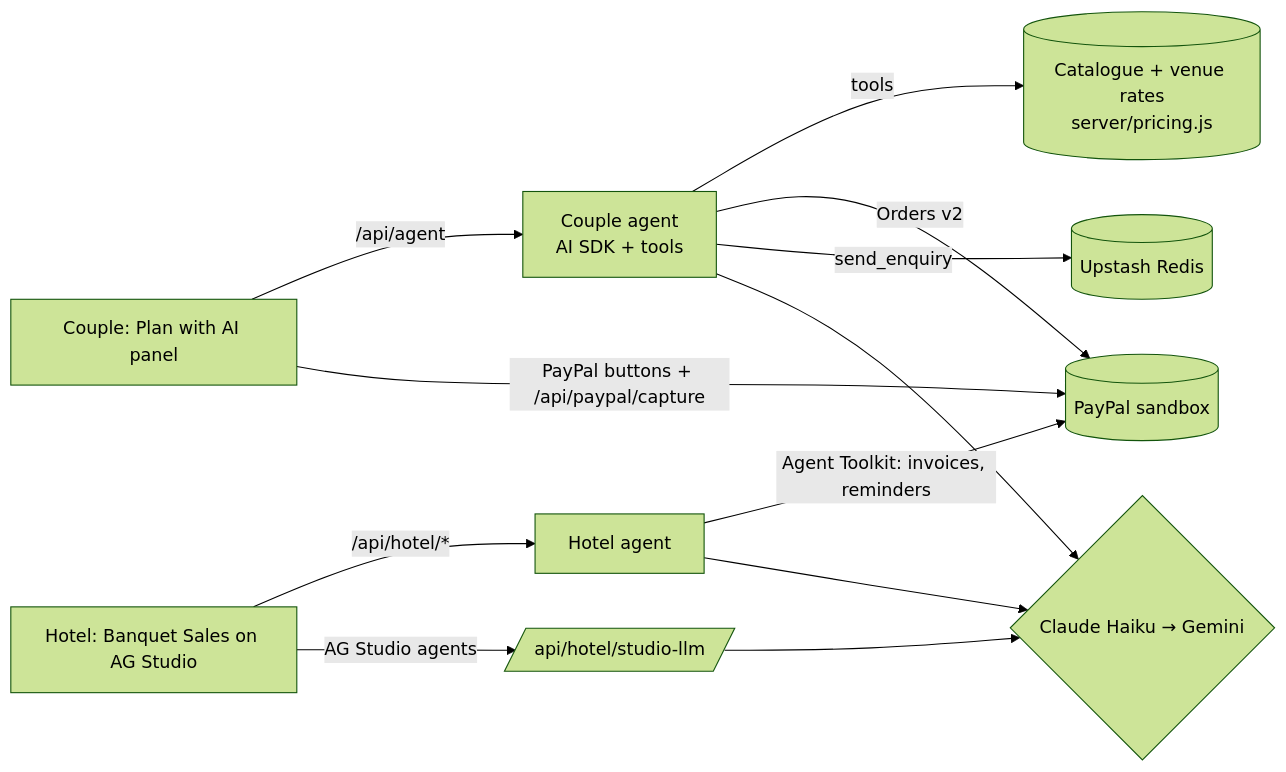
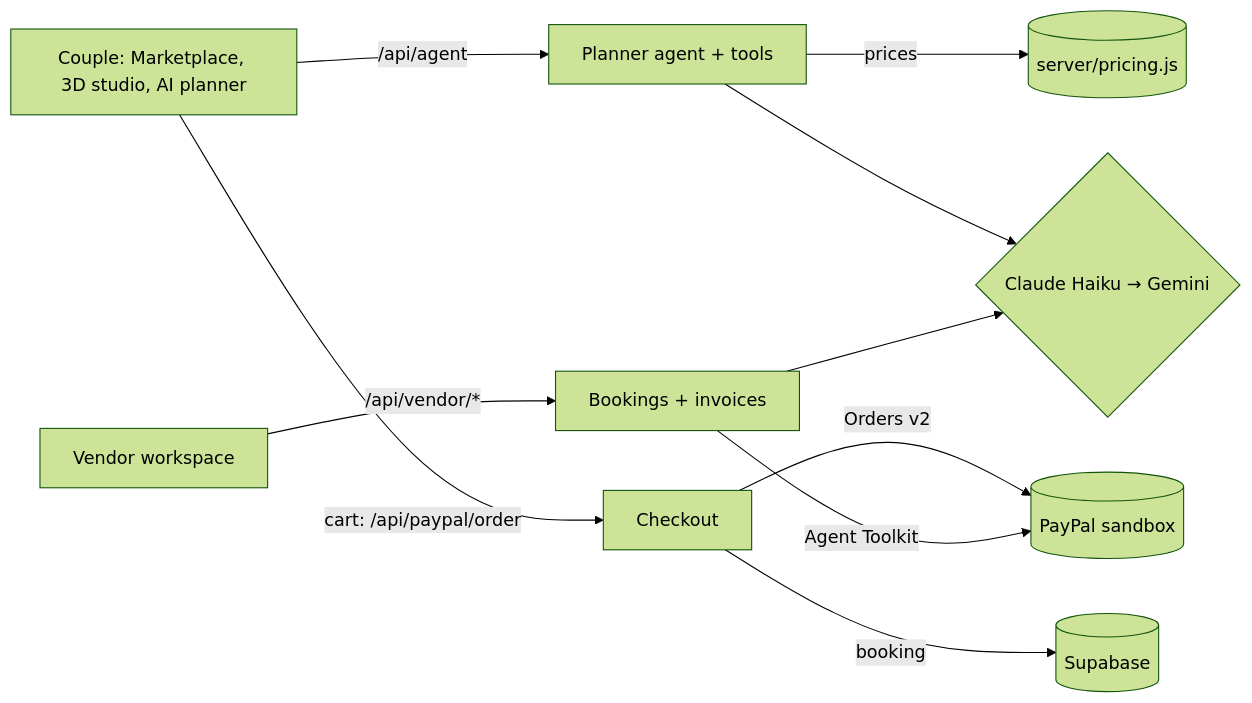
The diagram in README.md (noobcoder742/paypal-hackathon), drawn with Mermaid (forest theme) before and after one commit. The commit also changed other lines of this file and 4 other files, not shown here.

````diff
--- a/README.md
+++ b/README.md
@@ -67,12 +57,9 @@
 ```mermaid
 flowchart LR
-  C[Couple: Plan with AI panel] -- /api/agent --> A[Couple agent<br/>AI SDK + tools]
-  A -- tools --> P[(Catalogue + venue rates<br/>server/pricing.js)]
-  A -- Orders v2 --> PP[(PayPal sandbox)]
-  C -- PayPal buttons + /api/paypal/capture --> PP
-  A -- send_enquiry --> S[(Upstash Redis)]
-  H[Hotel: Banquet Sales on AG Studio] -- /api/hotel/* --> HA[Hotel agent]
-  HA -- Agent Toolkit: invoices, reminders --> PP
-  H -- AG Studio agents --> L[/api/hotel/studio-llm/]
-  A & HA & L --> M{Claude Haiku → Gemini}
+  C[Couple: Marketplace, 3D studio, AI planner] -- /api/agent --> A[Planner agent + tools]
+  A -- prices --> P[(server/pricing.js)]
+  C -- cart: /api/paypal/order --> O[Checkout] -- Orders v2 --> PP[(PayPal sandbox)]
+  O -- booking --> S[(Supabase)]
+  V[Vendor workspace] -- /api/vendor/* --> VB[Bookings + invoices] -- Agent Toolkit --> PP
+  A & VB --> M{Claude Haiku → Gemini}
 ```
````
